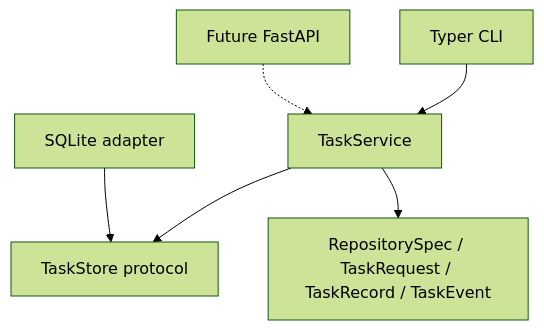
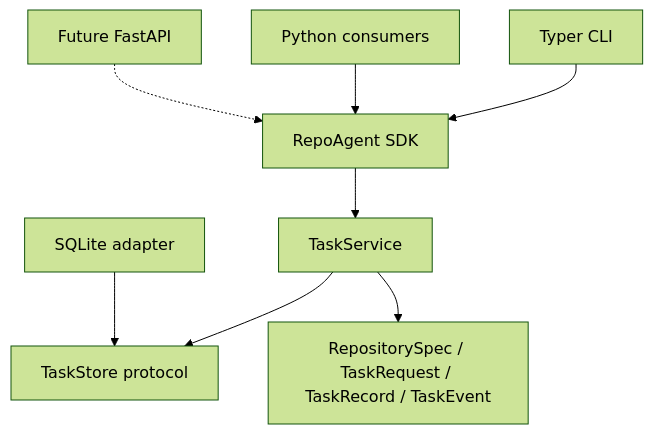
One commit to Moaawiyah/repoAgent changed the first of 2 diagrams in docs/architecture.md. Above: the diagram before and after it, drawn with Mermaid (forest theme). The commit also changed other lines of this file and 32 other files, not shown here.

First line of the commit message:
Add typed Python SDK and flatten the source layout

````diff
--- a/docs/architecture.md
+++ b/docs/architecture.md
@@ -11,8 +12,10 @@
 ```mermaid
 flowchart TD
-  CLI[Typer CLI] --> Service[TaskService]
-  API[Future FastAPI] -.-> Service
+  CLI[Typer CLI] --> SDK[RepoAgent SDK]
+  Python[Python consumers] --> SDK
+  API[Future FastAPI] -.-> SDK
+  SDK --> Service[TaskService]
   Service --> Port[TaskStore protocol]
   SQLite[SQLite adapter] --> Port
   Service --> Domain[RepositorySpec / TaskRequest / TaskRecord / TaskEvent]
 ```
````
